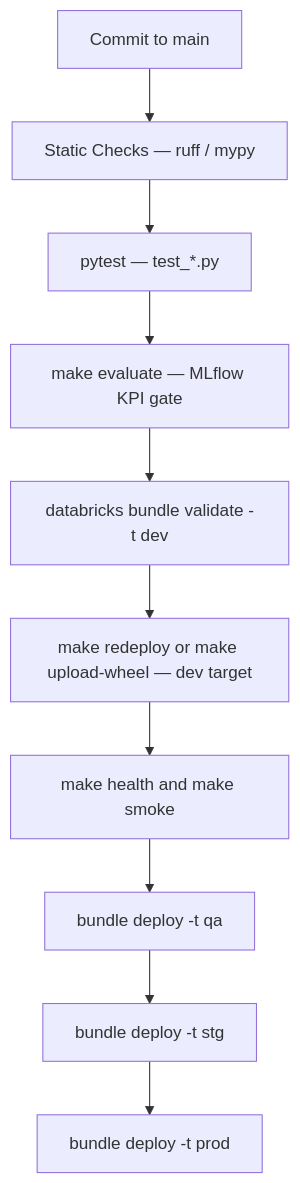
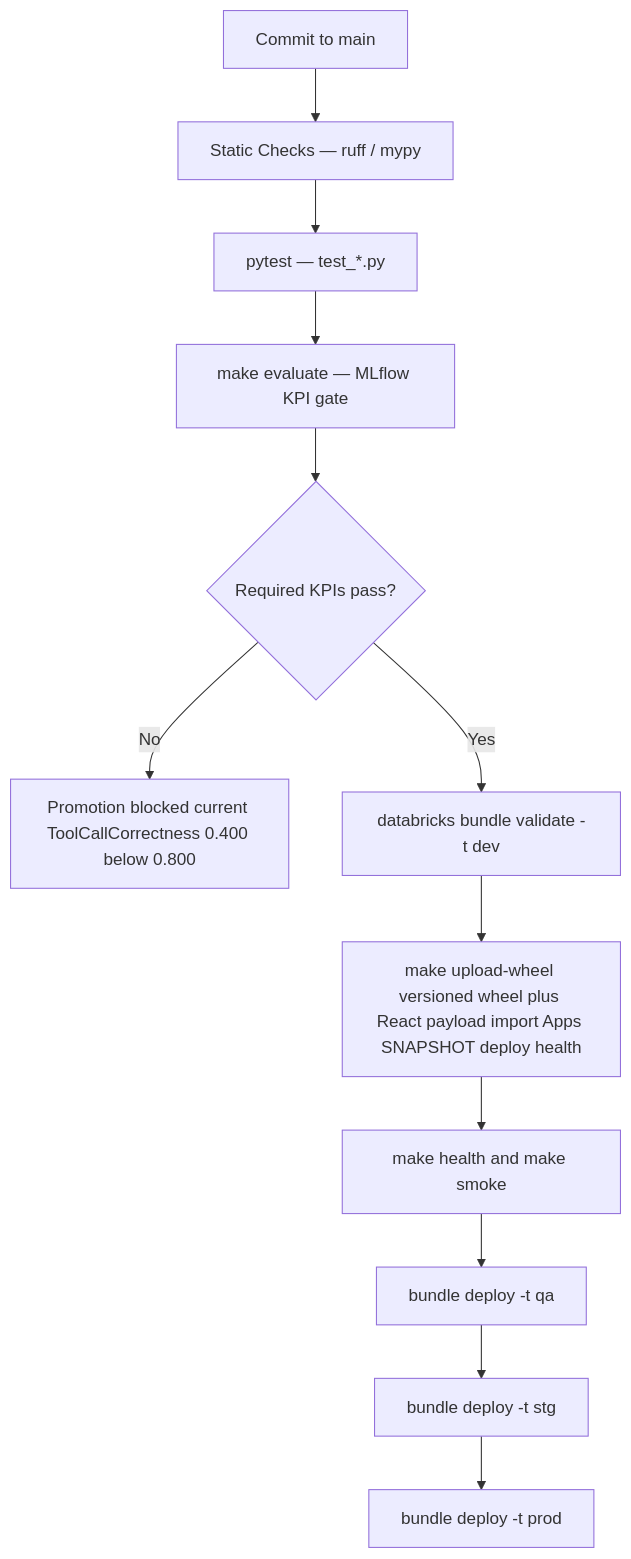
Diagram 14 of 15 in docs/architecture/design-artifacts/00-architecture-board-review.md (wchen-dea/Governed-Multi-Agent-Intelligence-on-Databricks), drawn with Mermaid before and after one commit. The commit also changed other lines of this file and 4 other files, not shown here.

````diff
--- a/docs/architecture/design-artifacts/00-architecture-board-review.md
+++ b/docs/architecture/design-artifacts/00-architecture-board-review.md
@@ -321,12 +323,14 @@
 ```mermaid
 flowchart TD
     Commit[Commit to main] --> Lint[Static Checks — ruff / mypy]
     Lint --> Unit[pytest — test_*.py]
     Unit --> Eval[make evaluate — MLflow KPI gate]
-    Eval --> Validate[databricks bundle validate -t dev]
-    Validate --> DeployDev[make redeploy or make upload-wheel — dev target]
+    Eval --> Decision{Required KPIs pass?}
+    Decision -- No --> Block[Promotion blocked current ToolCallCorrectness 0.400 below 0.800]
+    Decision -- Yes --> Validate[databricks bundle validate -t dev]
+    Validate --> DeployDev[make upload-wheel versioned wheel plus React payload import Apps SNAPSHOT deploy health]
     DeployDev --> Smoke[make health and make smoke]
     Smoke --> DeployQA[bundle deploy -t qa]
     DeployQA --> DeployStg[bundle deploy -t stg]
     DeployStg --> DeployProd[bundle deploy -t prod]
 ```
````
